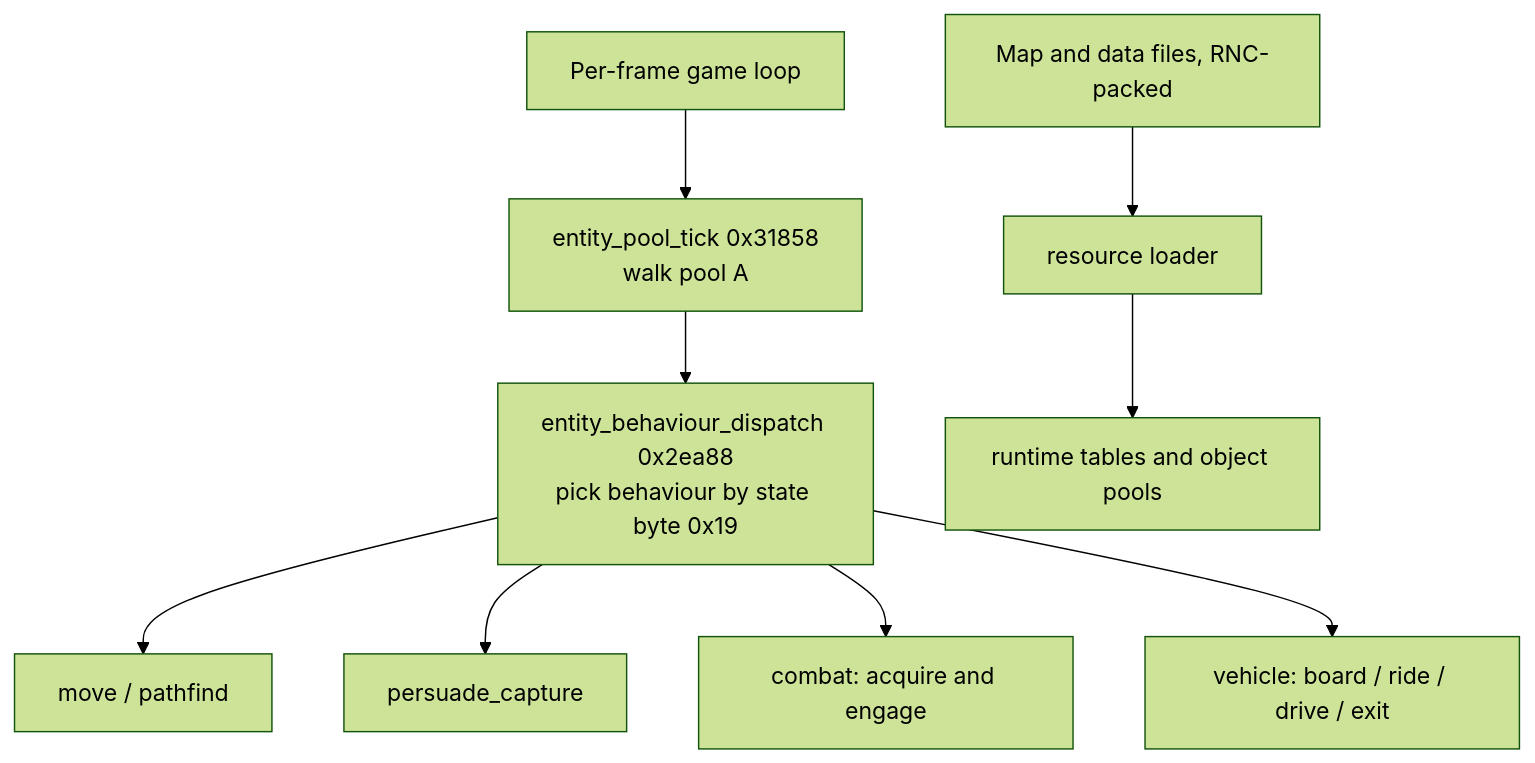
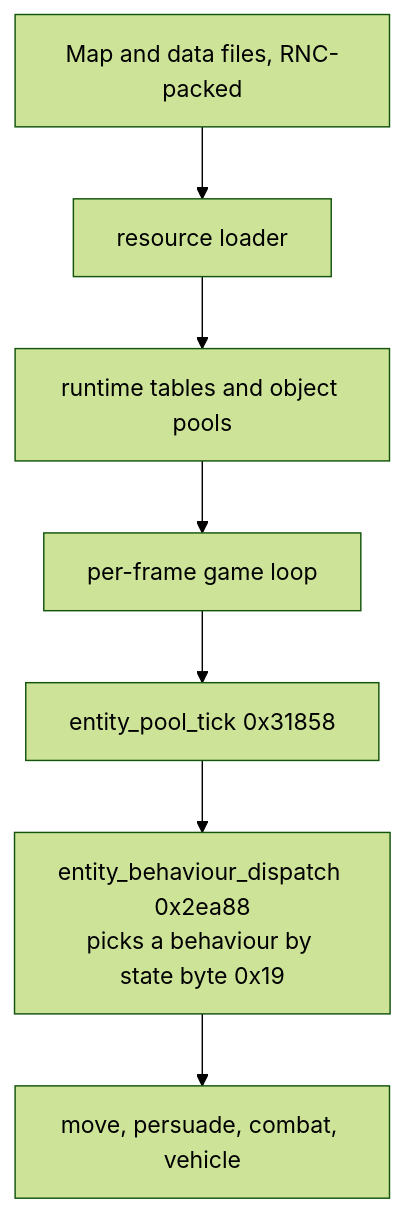
One commit to WildPress/vibesynd changed the first of 4 diagrams in docs/game-systems.md. Above: the diagram before and after it, drawn with Mermaid (forest theme). The commit also changed other lines of this file, not shown here.

Commit message:
docs: make game-systems diagrams flow vertically (TD) for mobile, not horizontal

````diff
--- a/docs/game-systems.md
+++ b/docs/game-systems.md
@@ -8,11 +8,9 @@
 ```mermaid
 flowchart TD
-    L["Per-frame game loop"] --> T["entity_pool_tick 0x31858<br/>walk pool A"]
-    T --> D["entity_behaviour_dispatch 0x2ea88<br/>pick behaviour by state byte 0x19"]
-    D --> M["move / pathfind"]
-    D --> P["persuade_capture"]
-    D --> C["combat: acquire and engage"]
-    D --> V["vehicle: board / ride / drive / exit"]
     F["Map and data files, RNC-packed"] --> R["resource loader"]
     R --> G["runtime tables and object pools"]
+    G --> L["per-frame game loop"]
+    L --> T["entity_pool_tick 0x31858"]
+    T --> D["entity_behaviour_dispatch 0x2ea88<br/>picks a behaviour by state byte 0x19"]
+    D --> B["move, persuade, combat, vehicle"]
 ```
````
